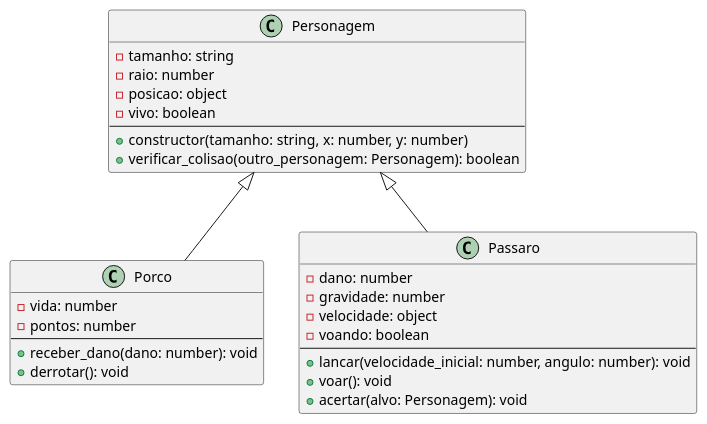
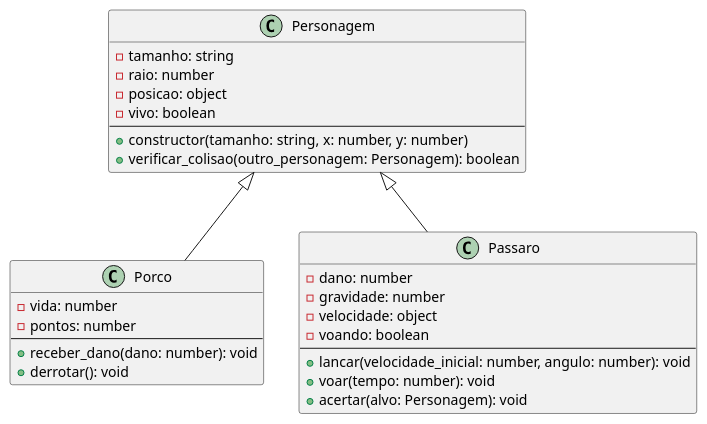
The diagram in activity 3/diagrama_classes.puml (reali-705/cc-ufpa), drawn with PlantUML before and after one commit. The commit also changed 3 other files, not shown here.

```diff
--- a/activity 3/diagrama_classes.puml
+++ b/activity 3/diagrama_classes.puml
@@ -1,35 +1,35 @@
 @startuml Diagrama de Classes Angrys Birds
 
 class Personagem {
   - tamanho: string
   - raio: number
   - posicao: object
   - vivo: boolean
   --
   + constructor(tamanho: string, x: number, y: number)
   + verificar_colisao(outro_personagem: Personagem): boolean
 }
 
 class Porco {
   - vida: number
   - pontos: number
   --
   + receber_dano(dano: number): void
   + derrotar(): void
 }
 
 class Passaro {
   - dano: number
   - gravidade: number
   - velocidade: object
   - voando: boolean
   --
   + lancar(velocidade_inicial: number, angulo: number): void
-  + voar(): void
+  + voar(tempo: number): void
   + acertar(alvo: Personagem): void
 }
 
 Personagem <|-- Porco
 Personagem <|-- Passaro
 
 @enduml
```
